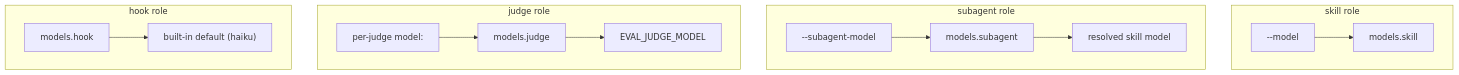
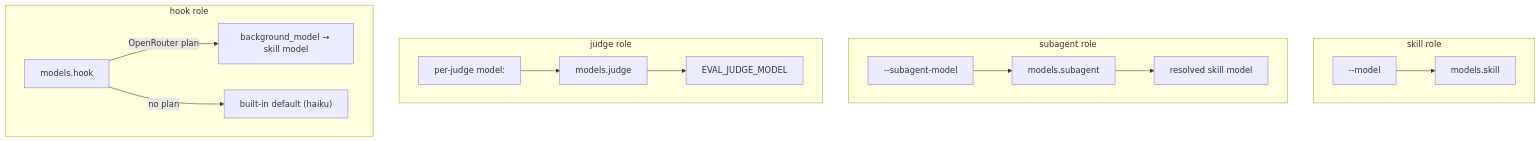
The diagram in website/reference/config/models.md (opendatahub-io/agent-eval-harness), drawn with Mermaid before and after one commit. The commit also changed other lines of this file and 31 other files, not shown here.

````diff
--- a/website/reference/config/models.md
+++ b/website/reference/config/models.md
@@ -29,15 +32,16 @@
 ```mermaid
 flowchart TD
     subgraph skill["skill role"]
       A["--model"] --> B["models.skill"]
     end
     subgraph subagent["subagent role"]
       C["--subagent-model"] --> D["models.subagent"] --> E["resolved skill model"]
     end
     subgraph judge["judge role"]
       F["per-judge model:"] --> G["models.judge"] --> H["EVAL_JUDGE_MODEL"]
     end
     subgraph hook["hook role"]
-      I["models.hook"] --> J["built-in default (haiku)"]
+      I["models.hook"] -->|OpenRouter plan| J["background_model → skill model"]
+      I -->|no plan| K["built-in default (haiku)"]
     end
 ```
````
